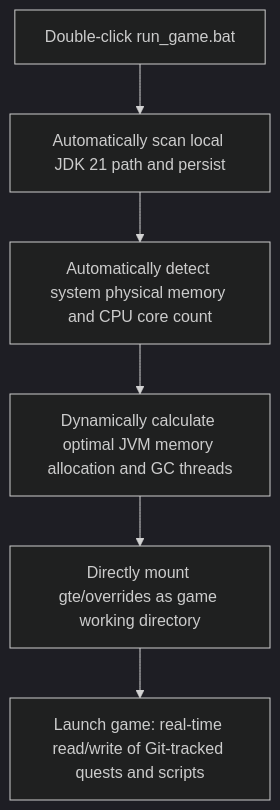
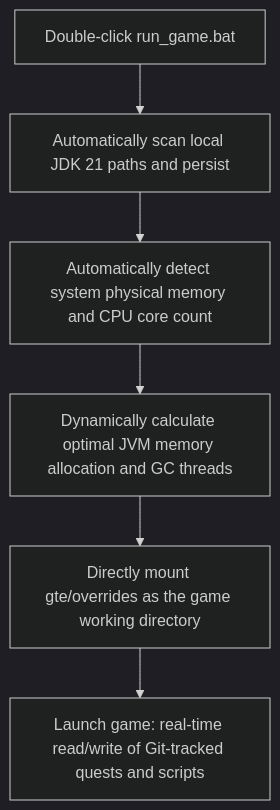
Before and after one commit to takanashisatou/GregtechEasy: the diagram in docs/en/development/runtime-and-launchers.md, drawn with Mermaid (dark theme). The commit also changed other lines of this file and 144 other files, not shown here.

````diff
--- a/docs/en/development/runtime-and-launchers.md
+++ b/docs/en/development/runtime-and-launchers.md
@@ -11,8 +11,8 @@
 ```mermaid
 graph TD
-    A[Double-click run_game.bat] --> B[Automatically scan local JDK 21 path and persist]
+    A[Double-click run_game.bat] --> B[Automatically scan local JDK 21 paths and persist]
     B --> C[Automatically detect system physical memory and CPU core count]
     C --> D[Dynamically calculate optimal JVM memory allocation and GC threads]
-    D --> E[Directly mount gte/overrides as game working directory]
+    D --> E[Directly mount gte/overrides as the game working directory]
     E --> F[Launch game: real-time read/write of Git-tracked quests and scripts]
 ```
````
